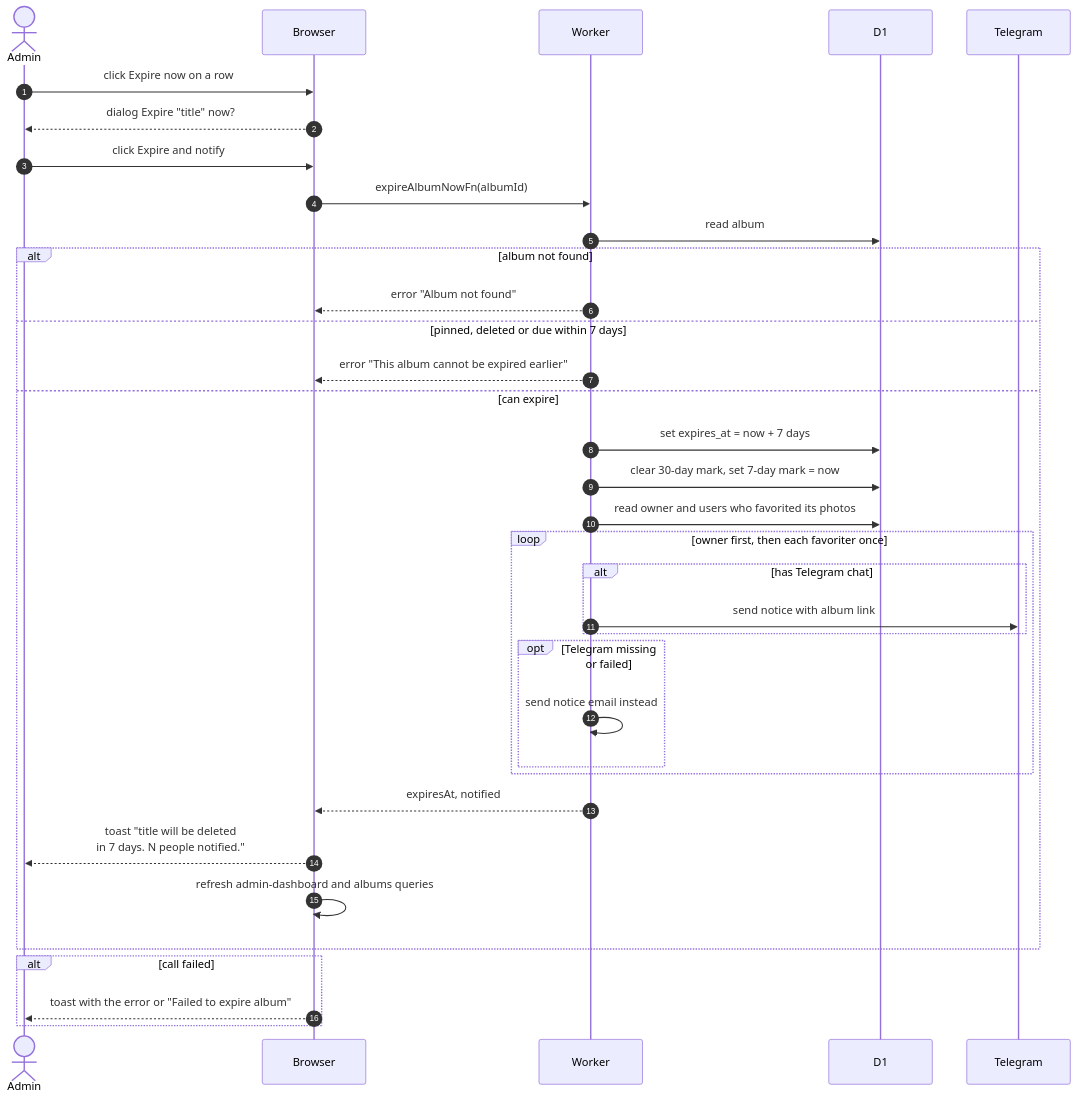
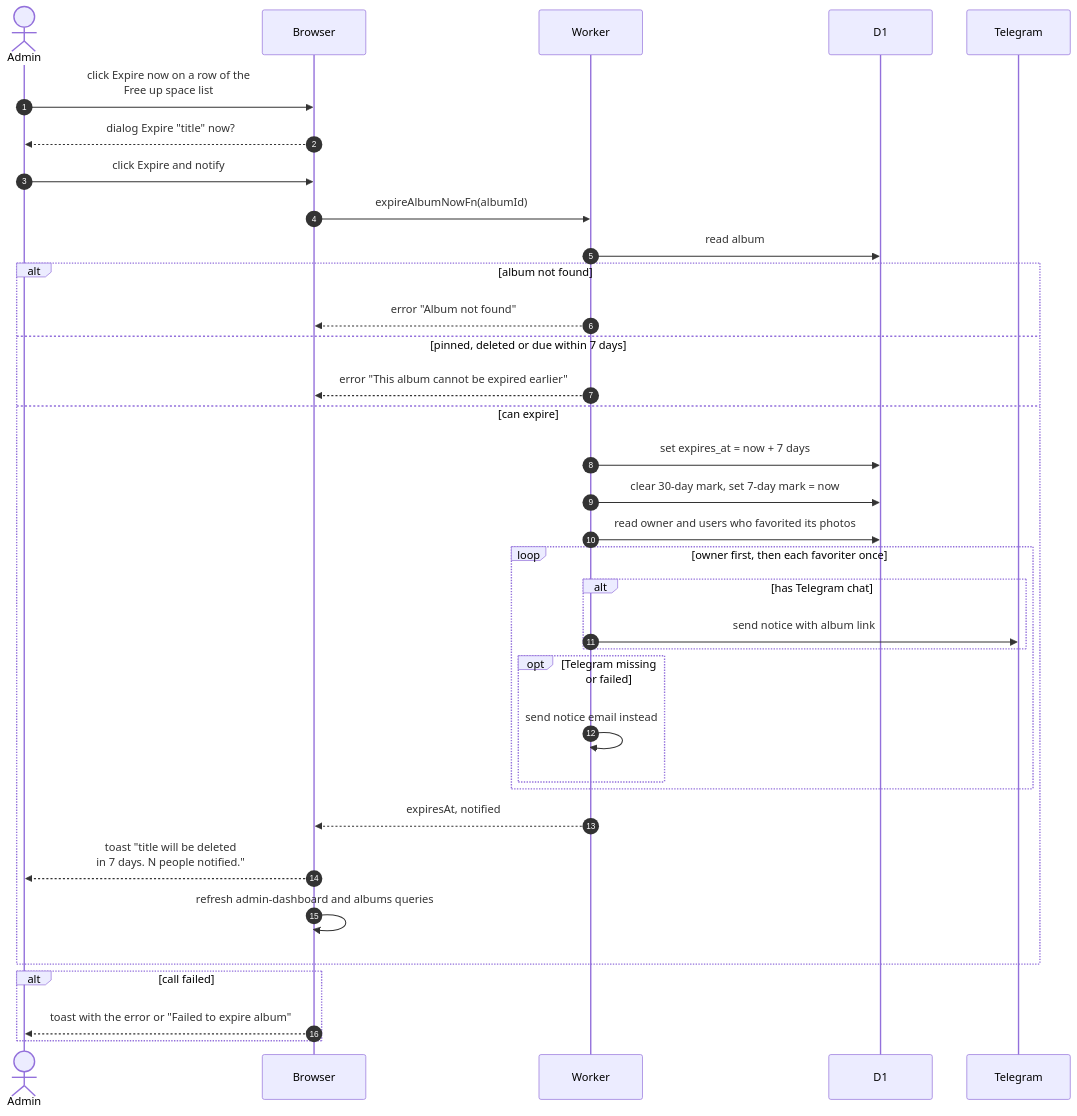
One commit to sagyzdop/meriksirat changed the diagram in docs/scenarios/admin/expire-album-early.md. Above: the diagram before and after it, drawn with Mermaid. The commit also changed other lines of this file and 24 other files, not shown here.

Commit message:
docs(scenarios): verify admin diagrams against the code

````diff
--- a/docs/scenarios/admin/expire-album-early.md
+++ b/docs/scenarios/admin/expire-album-early.md
@@ -14,38 +14,38 @@
 ```mermaid
 sequenceDiagram
     autonumber
     actor Person as Admin
     participant Browser
     participant Worker
     participant D1
     participant Telegram
 
-    Person->>Browser: click Expire now on a row
+    Person->>Browser: click Expire now on a row of the<br/>Free up space list
     Browser-->>Person: dialog Expire "title" now?
     Person->>Browser: click Expire and notify
     Browser->>Worker: expireAlbumNowFn(albumId)
     Worker->>D1: read album
     alt album not found
         Worker-->>Browser: error "Album not found"
     else pinned, deleted or due within 7 days
         Worker-->>Browser: error "This album cannot be expired earlier"
     else can expire
         Worker->>D1: set expires_at = now + 7 days
         Worker->>D1: clear 30-day mark, set 7-day mark = now
         Worker->>D1: read owner and users who favorited its photos
         loop owner first, then each favoriter once
             alt has Telegram chat
                 Worker->>Telegram: send notice with album link
             end
             opt Telegram missing or failed
                 Worker->>Worker: send notice email instead
             end
         end
         Worker-->>Browser: expiresAt, notified
         Browser-->>Person: toast "title will be deleted<br/>in 7 days. N people notified."
         Browser->>Browser: refresh admin-dashboard and albums queries
     end
     alt call failed
         Browser-->>Person: toast with the error or "Failed to expire album"
     end
 ```
````
